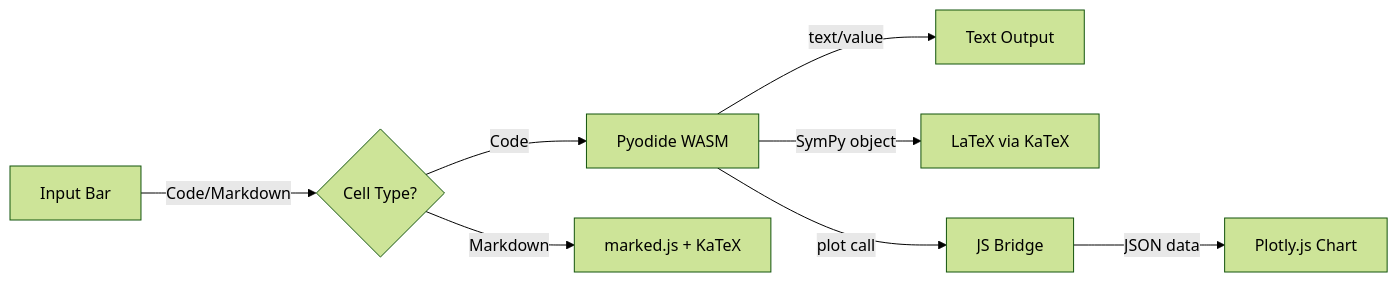
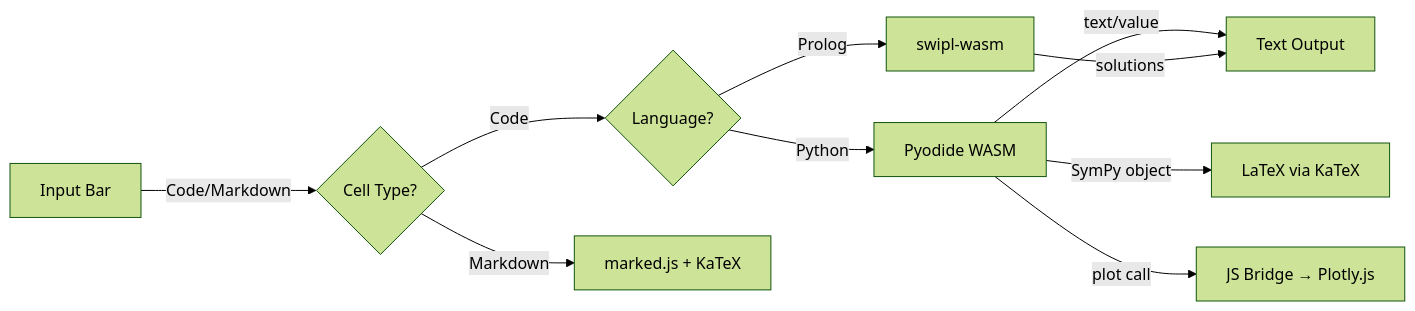
The diagram in README.md (s243a/SciREPL), drawn with Mermaid (forest theme) before and after one commit. The commit also changed other lines of this file and 10 other files, not shown here.

First line of the commit message:
feat: Multi-language support — Python + Prolog kernel architecture

````diff
--- a/README.md
+++ b/README.md
@@ -83,10 +114,12 @@
 ```mermaid
 graph LR
     A[Input Bar] -->|Code/Markdown| B{Cell Type?}
-    B -->|Code| C[Pyodide WASM]
+    B -->|Code| C{Language?}
     B -->|Markdown| D[marked.js + KaTeX]
-    C -->|text/value| E[Text Output]
-    C -->|SymPy object| F[LaTeX via KaTeX]
-    C -->|plot call| G[JS Bridge]
-    G -->|JSON data| H[Plotly.js Chart]
+    C -->|Python| E[Pyodide WASM]
+    C -->|Prolog| F[swipl-wasm]
+    E -->|text/value| G[Text Output]
+    E -->|SymPy object| H[LaTeX via KaTeX]
+    E -->|plot call| I[JS Bridge → Plotly.js]
+    F -->|solutions| G
 ```
````
